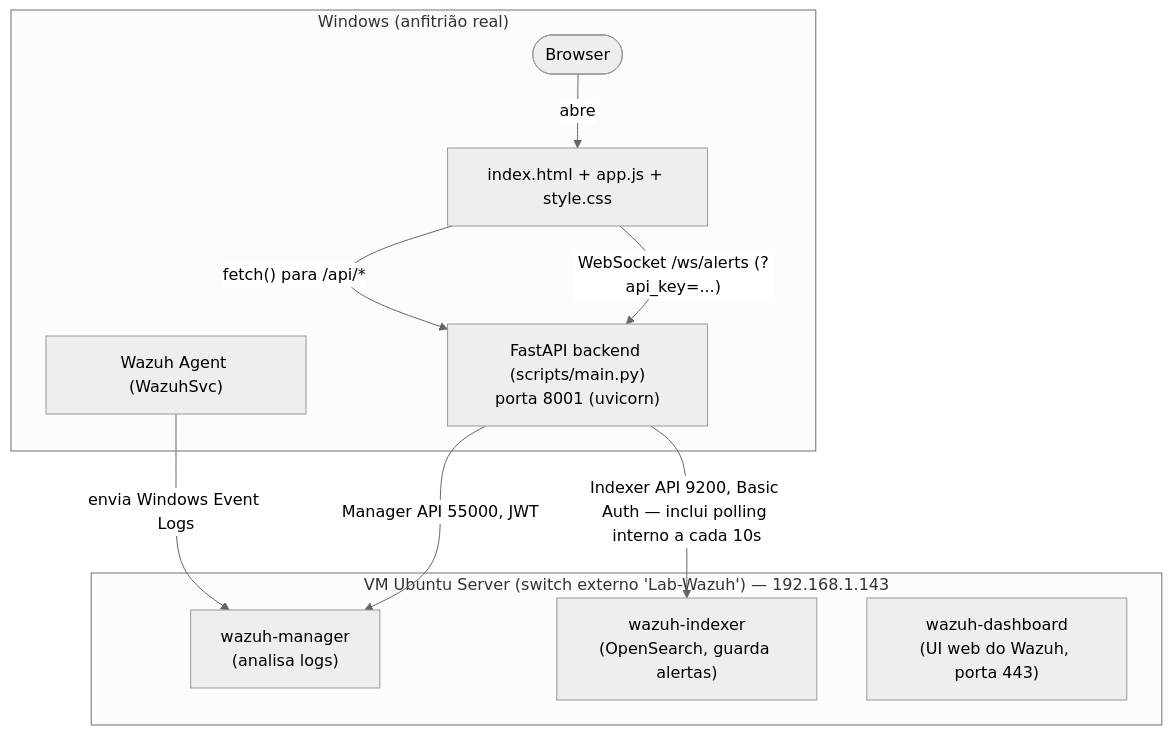
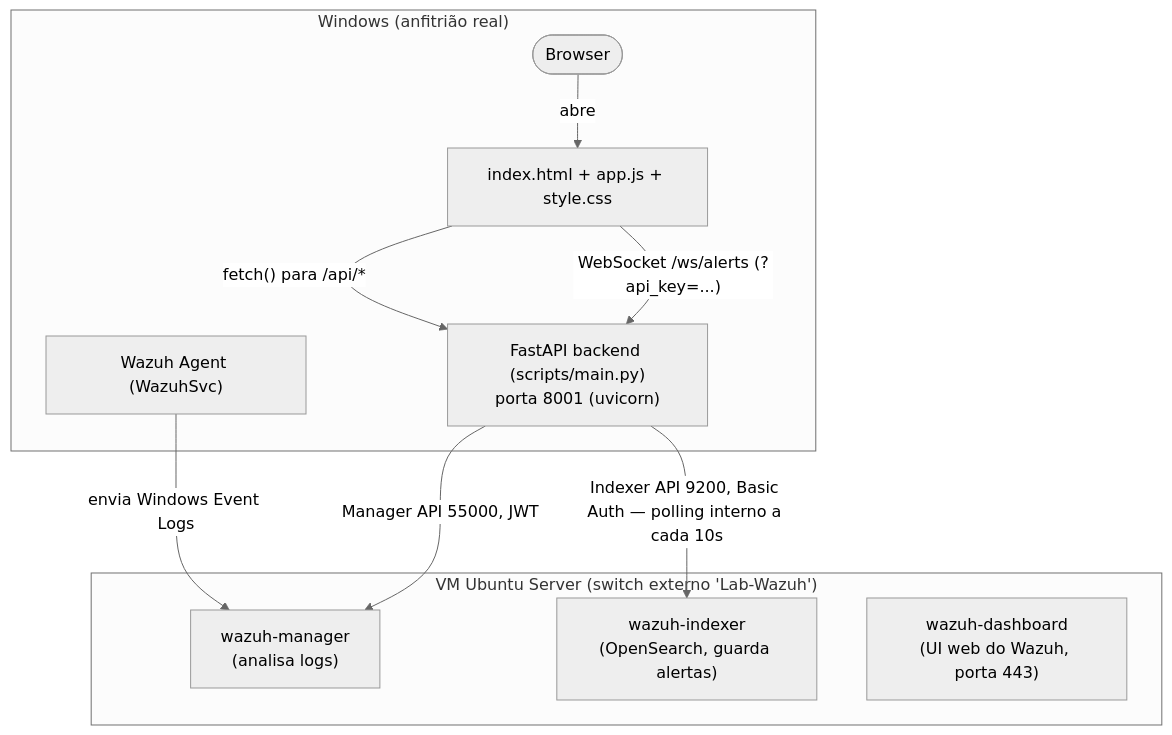
The diagram in README.md (DrNOFX97/SentryLens), drawn with Mermaid (neutral theme) before and after one commit. The commit also changed other lines of this file, not shown here.

First line of the commit message:
docs: poda o README - remove changelog de sessoes, condensa documentacao de API

````diff
--- a/README.md
+++ b/README.md
@@ -52,22 +50,22 @@
 ```mermaid
 flowchart TB
     subgraph WIN["Windows (anfitrião real)"]
         AGENT["Wazuh Agent (WazuhSvc)"]
         BROWSER(["Browser"])
         FRONTEND["index.html + app.js + style.css"]
         BACKEND["FastAPI backend (scripts/main.py)<br/>porta 8001 (uvicorn)"]
     end
 
-    subgraph VM["VM Ubuntu Server (switch externo 'Lab-Wazuh') — 192.168.1.143"]
+    subgraph VM["VM Ubuntu Server (switch externo 'Lab-Wazuh')"]
         MANAGER["wazuh-manager<br/>(analisa logs)"]
         INDEXER["wazuh-indexer<br/>(OpenSearch, guarda alertas)"]
         DASHBOARD["wazuh-dashboard<br/>(UI web do Wazuh, porta 443)"]
     end
 
     BROWSER -->|abre| FRONTEND
     FRONTEND -->|"fetch() para /api/*"| BACKEND
     FRONTEND -->|"WebSocket /ws/alerts (?api_key=...)"| BACKEND
     BACKEND -->|"Manager API 55000, JWT"| MANAGER
-    BACKEND -->|"Indexer API 9200, Basic Auth — inclui polling interno a cada 10s"| INDEXER
+    BACKEND -->|"Indexer API 9200, Basic Auth — polling interno a cada 10s"| INDEXER
     AGENT -->|"envia Windows Event Logs"| MANAGER
 ```
````
